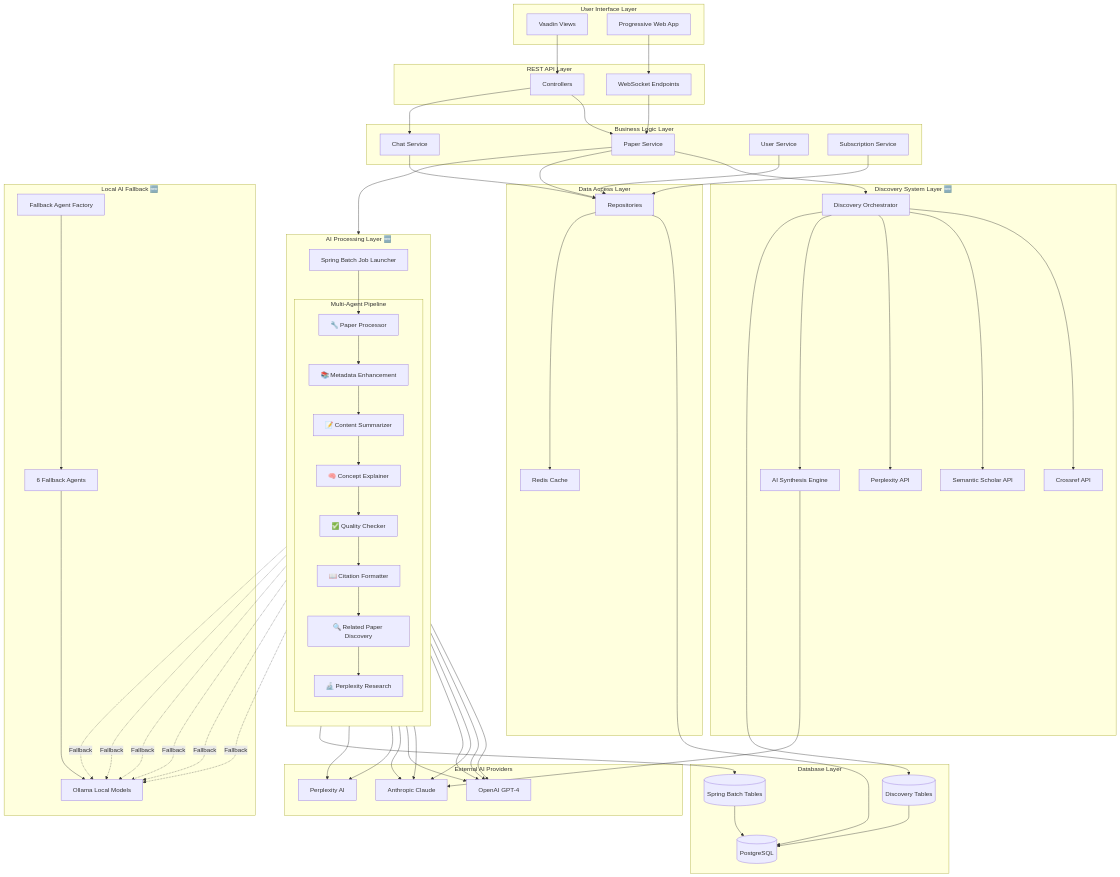
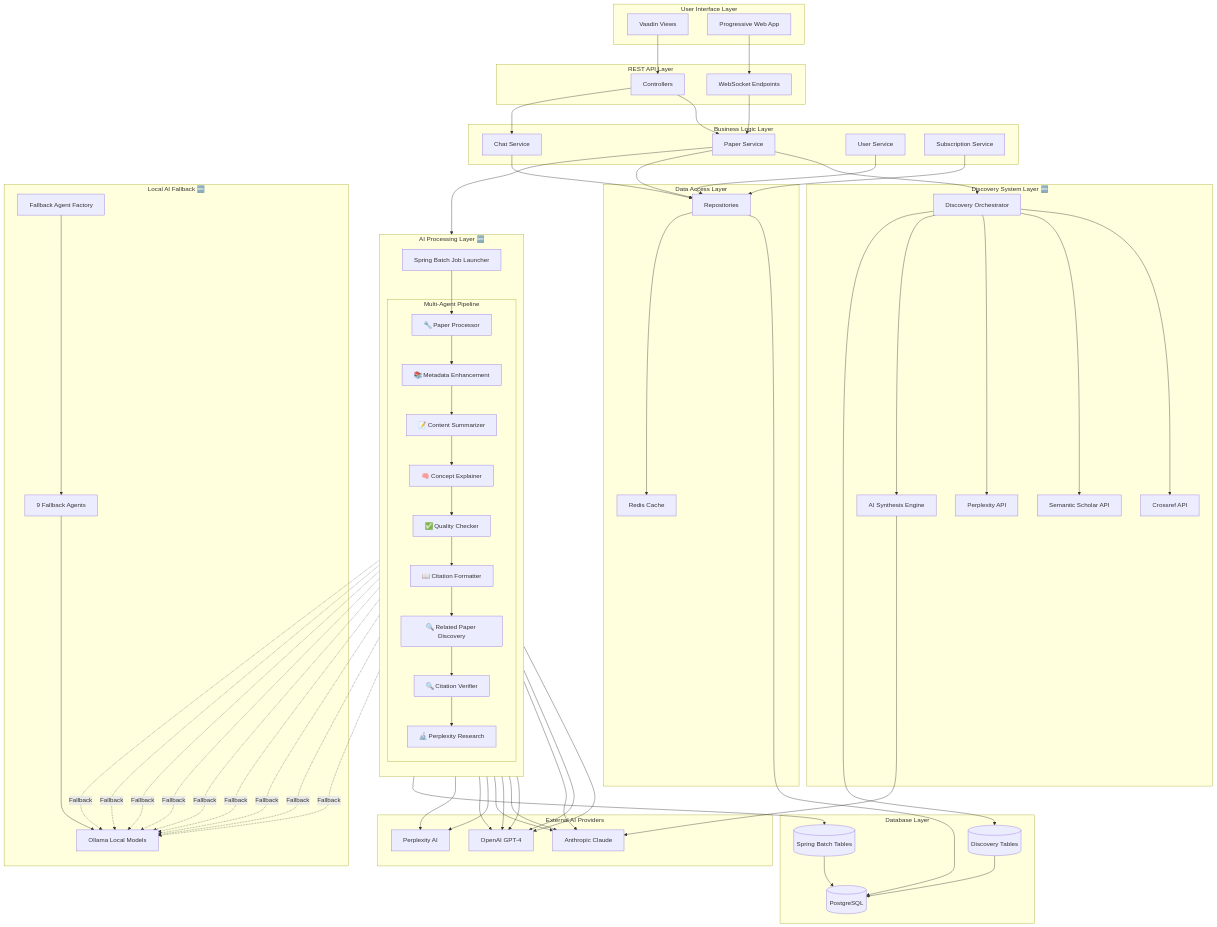
The first of 3 diagrams in README.md (ToanPV90/answer42), drawn with Mermaid before and after one commit. The commit also changed other lines of this file, not shown here.

```diff
--- a/README.md
+++ b/README.md
@@ -233,7 +233,8 @@
             A5[✅ Quality Checker]
             A6[📖 Citation Formatter]
             A7[🔍 Related Paper Discovery]
-            A8[🔬 Perplexity Research]
+            A8[🔍 Citation Verifier]
+            A9[🔬 Perplexity Research]
         end
     end
     
@@ -265,7 +266,7 @@
     subgraph "Local AI Fallback 🆕"
         OLLAMA[Ollama Local Models]
         FB_FACTORY[Fallback Agent Factory]
-        FB_AGENTS[6 Fallback Agents]
+        FB_AGENTS[9 Fallback Agents]
     end
     
     UI --> CTRL
@@ -283,6 +284,7 @@
     A5 --> A6
     A6 --> A7
     A7 --> A8
+    A8 --> A9
     
     PS --> DS
     DS --> CR
@@ -298,7 +300,8 @@
     A6 --> GPT
     A7 --> CLAUDE
     A7 --> PERP
-    A8 --> PERP
+    A8 --> GPT
+    A9 --> PERP
     
     AI --> CLAUDE
     
@@ -309,6 +312,9 @@
     A4 -.->|Fallback| OLLAMA
     A5 -.->|Fallback| OLLAMA
     A6 -.->|Fallback| OLLAMA
+    A7 -.->|Fallback| OLLAMA
+    A8 -.->|Fallback| OLLAMA
+    A9 -.->|Fallback| OLLAMA
     
     FB_FACTORY --> FB_AGENTS
     FB_AGENTS --> OLLAMA
```
